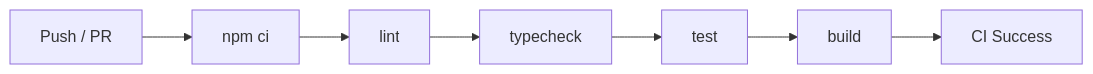
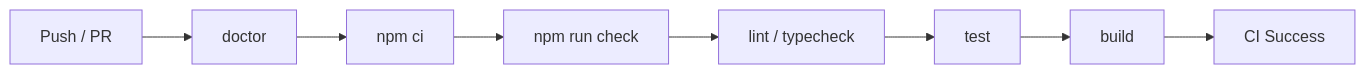
The second of 4 diagrams in docs/DEVELOPMENT.md (k-systems202208/nextjs-supabase-vercel-webapp-template), drawn with Mermaid before and after one commit. The commit also changed other lines of this file and 9 other files, not shown here.

````diff
--- a/docs/DEVELOPMENT.md
+++ b/docs/DEVELOPMENT.md
@@ -33,9 +54,10 @@
 ```mermaid
 flowchart LR
-    P["Push / PR"] --> I["npm ci"]
-    I --> L["lint"]
-    L --> T["typecheck"]
-    T --> S["test"]
-    S --> B["build"]
+    P["Push / PR"] --> D["doctor"]
+    D --> I["npm ci"]
+    I --> Q["npm run check"]
+    Q --> L["lint / typecheck"]
+    L --> T["test"]
+    T --> B["build"]
     B --> OK["CI Success"]
 ```
````
